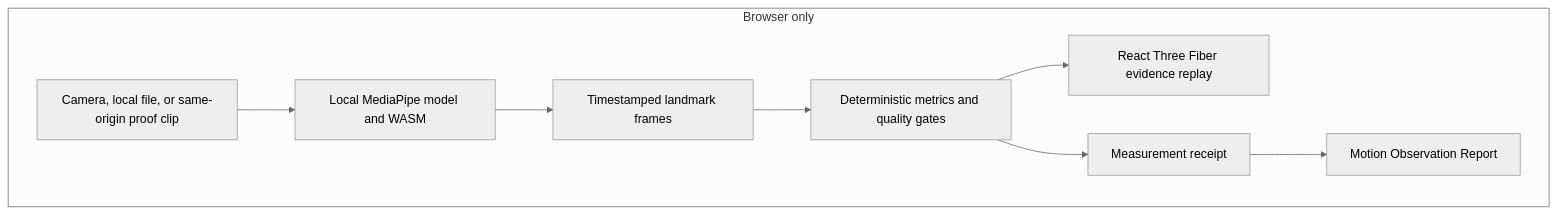
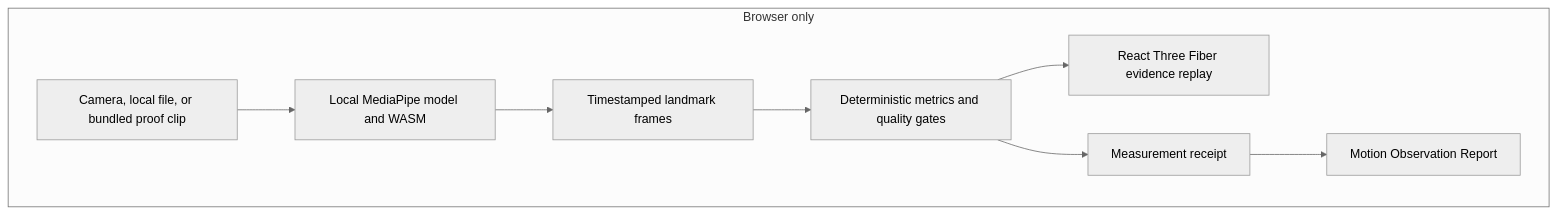
Before and after one commit to vedantggwp/motion-xray: the second of 2 diagrams in README.md, drawn with Mermaid (neutral theme). The commit also changed other lines of this file and 39 other files, not shown here.

````diff
--- a/README.md
+++ b/README.md
@@ -180,16 +141,16 @@
 ```mermaid
 flowchart TB
   subgraph Browser["Browser only"]
-    Source["Camera, local file, or same-origin proof clip"]
+    Source["Camera, local file, or bundled proof clip"]
     Engine["Local MediaPipe model and WASM"]
     Frames["Timestamped landmark frames"]
     Metrics["Deterministic metrics and quality gates"]
     Scene["React Three Fiber evidence replay"]
     Receipt["Measurement receipt"]
     Report["Motion Observation Report"]
   end
 
   Source --> Engine --> Frames --> Metrics
   Metrics --> Scene
   Metrics --> Receipt --> Report
 ```
````
